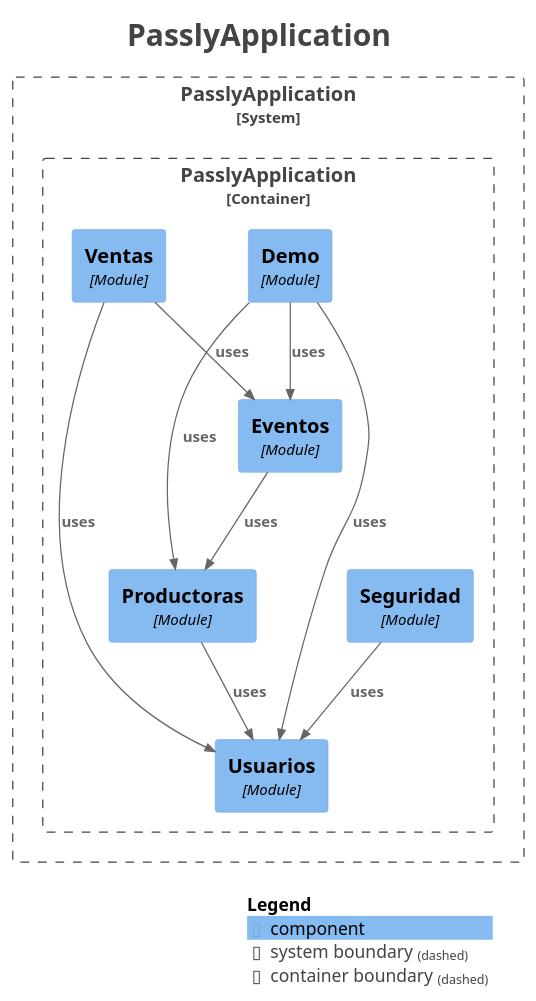
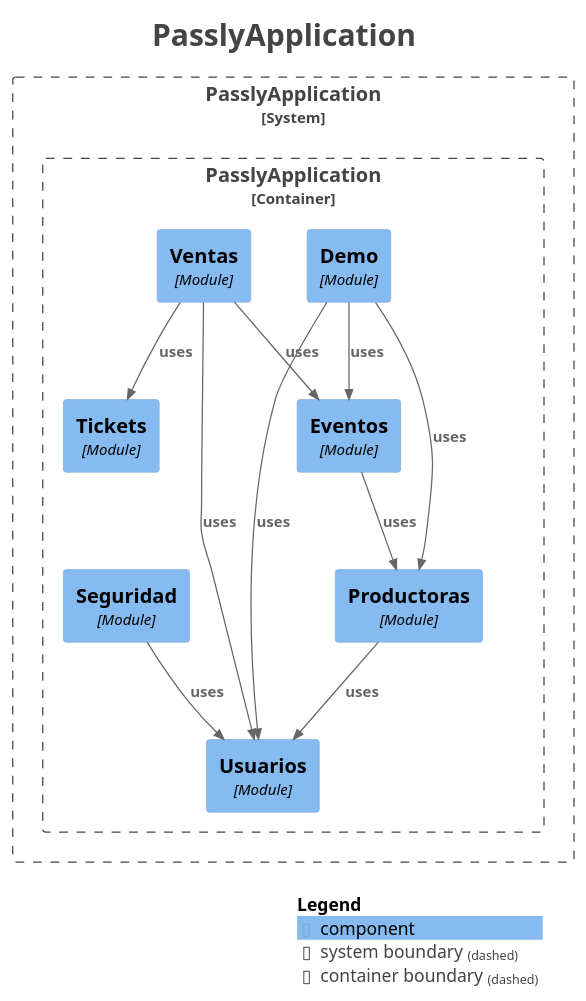
Before and after one commit to SimonForteza/Passly: the diagram in docs/modulith/components.puml, drawn with PlantUML. The commit also changed 35 other files, not shown here.

```diff
--- a/docs/modulith/components.puml
+++ b/docs/modulith/components.puml
@@ -1,41 +1,43 @@
 @startuml
 title <size:24>PasslyApplication</size>
 
 set separator none
 top to bottom direction
 
 <style>
   root {
     BackgroundColor: #ffffff
     FontColor: #444444
   }
 </style>
 
 !include <C4/C4>
 !include <C4/C4_Context>
 !include <C4/C4_Component>
 
 System_Boundary("PasslyApplication_boundary", "PasslyApplication", $tags="") {
   Container_Boundary("PasslyApplication.PasslyApplication_boundary", "PasslyApplication", $tags="") {
+    Component(PasslyApplication.PasslyApplication.Demo, "Demo", $techn="Module", $descr="", $tags="", $link="")
+    Component(PasslyApplication.PasslyApplication.Ventas, "Ventas", $techn="Module", $descr="", $tags="", $link="")
+    Component(PasslyApplication.PasslyApplication.Tickets, "Tickets", $techn="Module", $descr="", $tags="", $link="")
     Component(PasslyApplication.PasslyApplication.Usuarios, "Usuarios", $techn="Module", $descr="", $tags="", $link="")
     Component(PasslyApplication.PasslyApplication.Productoras, "Productoras", $techn="Module", $descr="", $tags="", $link="")
     Component(PasslyApplication.PasslyApplication.Seguridad, "Seguridad", $techn="Module", $descr="", $tags="", $link="")
     Component(PasslyApplication.PasslyApplication.Eventos, "Eventos", $techn="Module", $descr="", $tags="", $link="")
-    Component(PasslyApplication.PasslyApplication.Demo, "Demo", $techn="Module", $descr="", $tags="", $link="")
-    Component(PasslyApplication.PasslyApplication.Ventas, "Ventas", $techn="Module", $descr="", $tags="", $link="")
   }
 
 }
 
-Rel(PasslyApplication.PasslyApplication.Eventos, PasslyApplication.PasslyApplication.Productoras, "uses", $techn="", $tags="", $link="")
-Rel(PasslyApplication.PasslyApplication.Productoras, PasslyApplication.PasslyApplication.Usuarios, "uses", $techn="", $tags="", $link="")
+Rel(PasslyApplication.PasslyApplication.Ventas, PasslyApplication.PasslyApplication.Eventos, "uses", $techn="", $tags="", $link="")
+Rel(PasslyApplication.PasslyApplication.Ventas, PasslyApplication.PasslyApplication.Tickets, "uses", $techn="", $tags="", $link="")
+Rel(PasslyApplication.PasslyApplication.Ventas, PasslyApplication.PasslyApplication.Usuarios, "uses", $techn="", $tags="", $link="")
 Rel(PasslyApplication.PasslyApplication.Demo, PasslyApplication.PasslyApplication.Usuarios, "uses", $techn="", $tags="", $link="")
 Rel(PasslyApplication.PasslyApplication.Demo, PasslyApplication.PasslyApplication.Productoras, "uses", $techn="", $tags="", $link="")
 Rel(PasslyApplication.PasslyApplication.Demo, PasslyApplication.PasslyApplication.Eventos, "uses", $techn="", $tags="", $link="")
+Rel(PasslyApplication.PasslyApplication.Productoras, PasslyApplication.PasslyApplication.Usuarios, "uses", $techn="", $tags="", $link="")
 Rel(PasslyApplication.PasslyApplication.Seguridad, PasslyApplication.PasslyApplication.Usuarios, "uses", $techn="", $tags="", $link="")
-Rel(PasslyApplication.PasslyApplication.Ventas, PasslyApplication.PasslyApplication.Eventos, "uses", $techn="", $tags="", $link="")
-Rel(PasslyApplication.PasslyApplication.Ventas, PasslyApplication.PasslyApplication.Usuarios, "uses", $techn="", $tags="", $link="")
+Rel(PasslyApplication.PasslyApplication.Eventos, PasslyApplication.PasslyApplication.Productoras, "uses", $techn="", $tags="", $link="")
 
 SHOW_LEGEND(true)
 hide stereotypes
 @enduml
```
